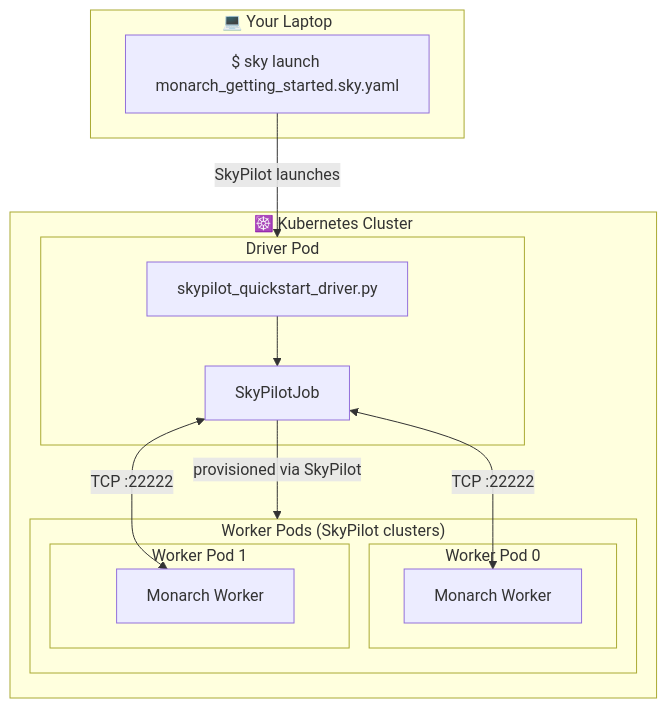
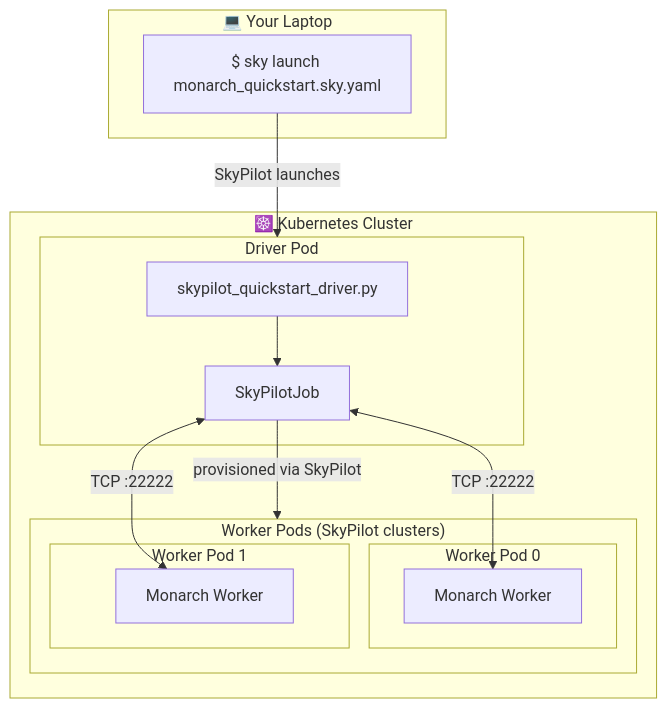
The diagram in examples/skypilot/README.md (meta-pytorch/monarch), drawn with Mermaid before and after one commit. The commit also changed other lines of this file and 1 other file, not shown here.

````diff
--- a/examples/skypilot/README.md
+++ b/examples/skypilot/README.md
@@ -11,30 +11,30 @@
 ```mermaid
 flowchart TB
     subgraph laptop["💻 Your Laptop"]
-        user["$ sky launch monarch_getting_started.sky.yaml"]
+        user["$ sky launch monarch_quickstart.sky.yaml"]
     end
 
     subgraph k8s["☸️ Kubernetes Cluster"]
         subgraph driver["Driver Pod"]
             script["skypilot_quickstart_driver.py"]
             skyjob["SkyPilotJob"]
         end
         
         subgraph workers["Worker&nbsp;Pods&nbsp;(SkyPilot&nbsp;clusters)"]
             subgraph w1["Worker Pod 0"]
                 mw1["Monarch Worker"]
             end
             subgraph w2["Worker Pod 1"]
                 mw2["Monarch Worker"]
             end
         end
     end
 
     user -->|"SkyPilot launches"| driver
     script --> skyjob
     skyjob -->|"provisioned via SkyPilot"| workers
     skyjob <-->|"TCP :22222"| mw1
     skyjob <-->|"TCP :22222"| mw2
     mw1
     mw2
 ```
````
